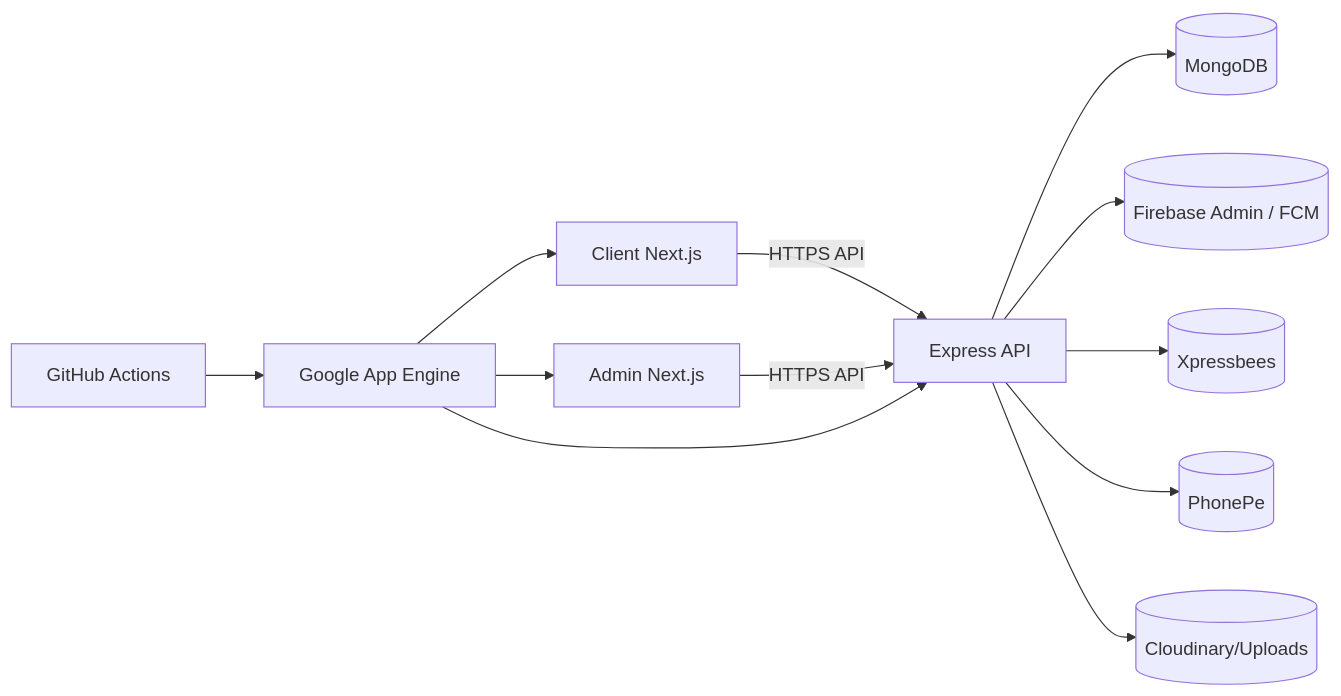
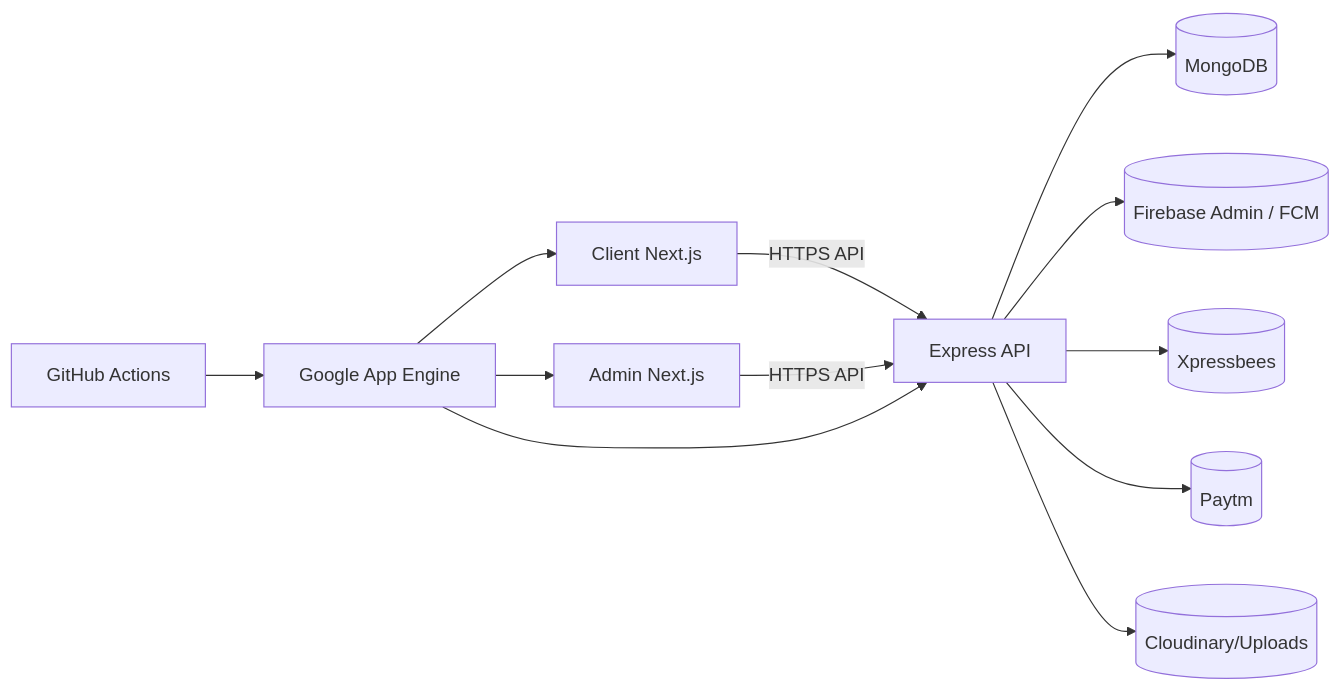
The first of 3 diagrams in README.md (UtkarshD18/bogEcom), drawn with Mermaid before and after one commit. The commit also changed other lines of this file and 34 other files, not shown here.

````diff
--- a/README.md
+++ b/README.md
@@ -11,14 +11,14 @@
 ```mermaid
 flowchart LR
   C[Client Next.js] -->|HTTPS API| B[Express API]
   A[Admin Next.js] -->|HTTPS API| B
   B --> M[(MongoDB)]
   B --> F[(Firebase Admin / FCM)]
   B --> X[(Xpressbees)]
-  B --> P[(PhonePe)]
+  B --> P[(Paytm)]
   B --> U[(Cloudinary/Uploads)]
   GH[GitHub Actions] --> GAE[Google App Engine]
   GAE --> C
   GAE --> A
   GAE --> B
 ```
````
